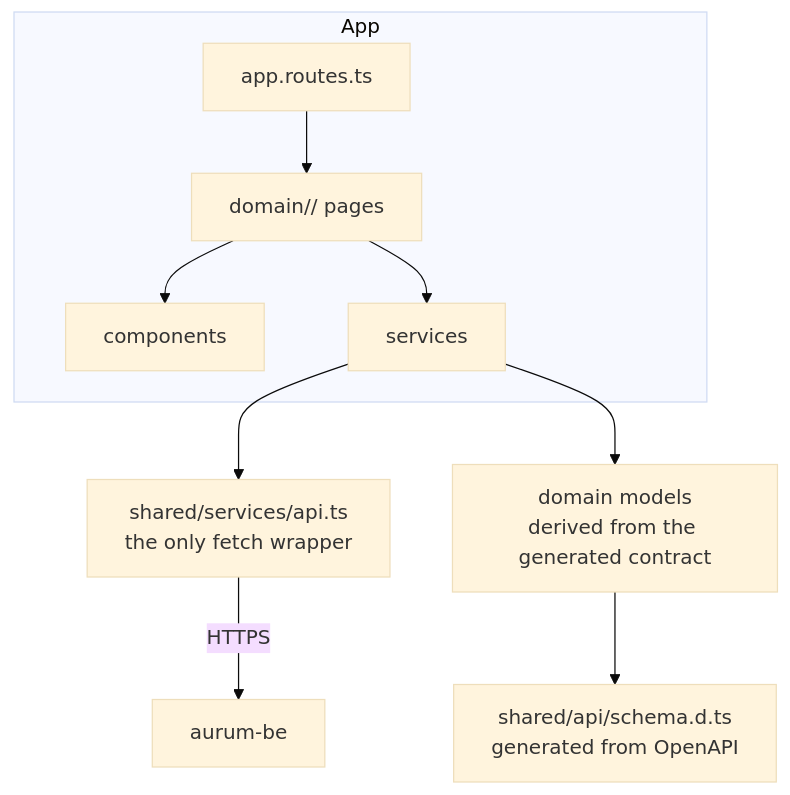
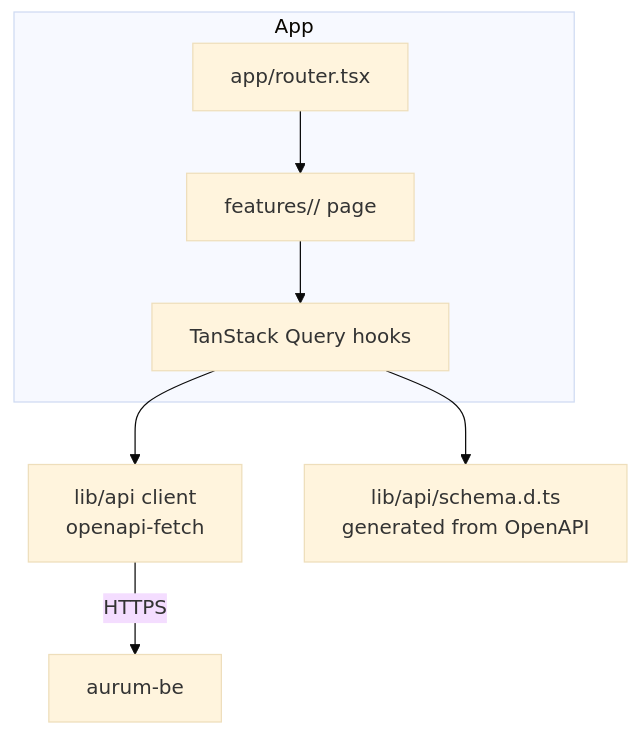
One commit to Mxo01/Aurum changed the third of 3 diagrams in README.md. Above: the diagram before and after it, drawn with Mermaid (base theme). The commit also changed other lines of this file and 360 other files, not shown here.

````diff
--- a/README.md
+++ b/README.md
@@ -103,12 +103,10 @@
 ```mermaid
 flowchart TB
     subgraph App
-      R[app.routes.ts] --> P[domain/<domain>/ pages]
-      P --> C[components]
-      P --> SV[services]
+      R[app/router.tsx] --> P[features/<domain>/ page]
+      P --> Q[TanStack Query hooks]
     end
-    SV --> API[shared/services/api.ts<br/>the only fetch wrapper]
+    Q --> API[lib/api client<br/>openapi-fetch]
     API -->|HTTPS| BE[aurum-be]
-    SV --> MODEL[domain models<br/>derived from the generated contract]
-    MODEL --> GEN[shared/api/schema.d.ts<br/>generated from OpenAPI]
+    Q --> GEN[lib/api/schema.d.ts<br/>generated from OpenAPI]
 ```
````
